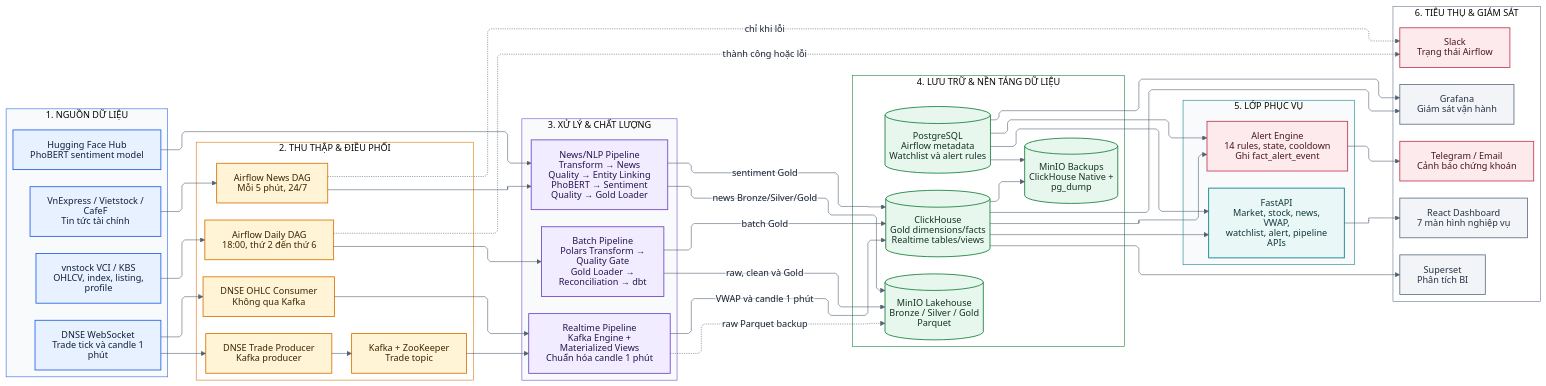
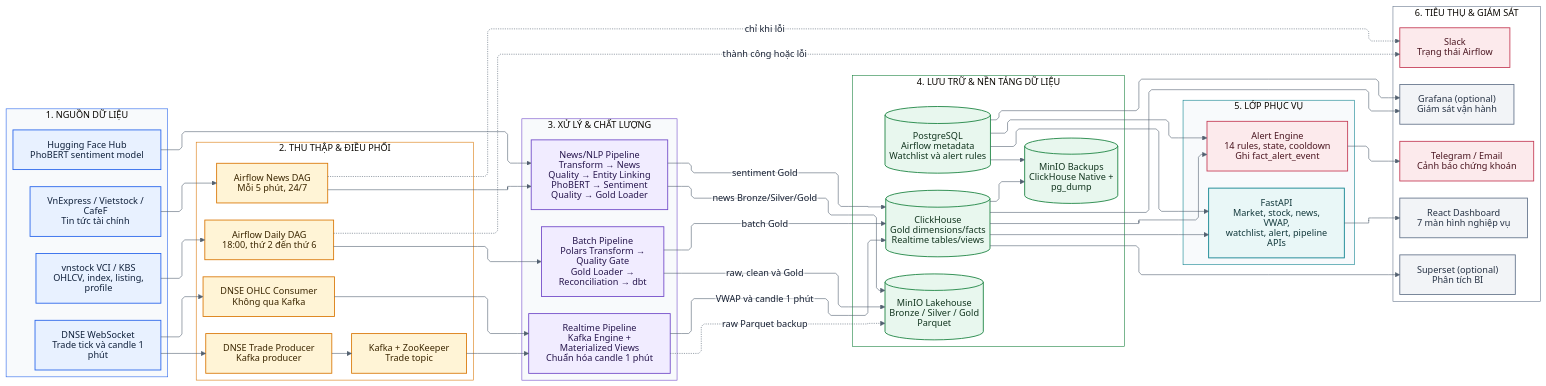
The diagram in docs/architecture/system_architecture_by_layer.mmd (mihuyen/DataEngineerVDT), drawn with Mermaid before and after one commit. The commit also changed 40 other files, not shown here.

```diff
--- a/docs/architecture/system_architecture_by_layer.mmd
+++ b/docs/architecture/system_architecture_by_layer.mmd
@@ -1,93 +1,93 @@
 %%{init: {"theme":"base","layout":"elk","htmlLabels":false,"flowchart":{"htmlLabels":false,"curve":"linear","nodeSpacing":48,"rankSpacing":88,"diagramPadding":16},"themeVariables":{"background":"#ffffff","primaryTextColor":"#172033","lineColor":"#526070","clusterBkg":"#ffffff","clusterBorder":"#cbd5e1","edgeLabelBackground":"#ffffff","fontFamily":"Arial"}}}%%
 flowchart LR
   classDef source fill:#E8F1FF,stroke:#2563EB,color:#10213B,stroke-width:1.5px;
   classDef ingest fill:#FFF4D6,stroke:#D97706,color:#3B2600,stroke-width:1.5px;
   classDef process fill:#F1ECFF,stroke:#7048C8,color:#27164D,stroke-width:1.5px;
   classDef storage fill:#E8F7EE,stroke:#16803C,color:#12351F,stroke-width:1.5px;
   classDef serving fill:#E9F7F7,stroke:#087F8C,color:#12383B,stroke-width:1.5px;
   classDef output fill:#F2F4F7,stroke:#64748B,color:#263244,stroke-width:1.5px;
   classDef alert fill:#FCEAEC,stroke:#C43B55,color:#4A1620,stroke-width:1.5px;
 
   subgraph L1[1. NGUỒN DỮ LIỆU]
     direction TB
     MARKET["vnstock VCI / KBS<br/>OHLCV, index, listing, profile"]:::source
     NEWS["VnExpress / Vietstock / CafeF<br/>Tin tức tài chính"]:::source
     DNSE["DNSE WebSocket<br/>Trade tick và candle 1 phút"]:::source
     MODEL["Hugging Face Hub<br/>PhoBERT sentiment model"]:::source
   end
 
   subgraph L2[2. THU THẬP & ĐIỀU PHỐI]
     direction TB
     DAILY["Airflow Daily DAG<br/>18:00, thứ 2 đến thứ 6"]:::ingest
     NEWSDAG["Airflow News DAG<br/>Mỗi 5 phút, 24/7"]:::ingest
     PRODUCER["DNSE Trade Producer<br/>Kafka producer"]:::ingest
     KAFKA["Kafka + ZooKeeper<br/>Trade topic"]:::ingest
     CANDLE["DNSE OHLC Consumer<br/>Không qua Kafka"]:::ingest
   end
 
   subgraph L3[3. XỬ LÝ & CHẤT LƯỢNG]
     direction TB
     BATCH["Batch Pipeline<br/>Polars Transform → Quality Gate<br/>Gold Loader → Reconciliation → dbt"]:::process
     NEWSPROC["News/NLP Pipeline<br/>Transform → News Quality → Entity Linking<br/>PhoBERT → Sentiment Quality → Gold Loader"]:::process
     STREAM["Realtime Pipeline<br/>Kafka Engine + Materialized Views<br/>Chuẩn hóa candle 1 phút"]:::process
   end
 
   subgraph L4[4. LƯU TRỮ & NỀN TẢNG DỮ LIỆU]
     direction TB
     MINIO[("MinIO Lakehouse<br/>Bronze / Silver / Gold Parquet")]:::storage
     CLICKHOUSE[("ClickHouse<br/>Gold dimensions/facts<br/>Realtime tables/views")]:::storage
     POSTGRES[("PostgreSQL<br/>Airflow metadata<br/>Watchlist và alert rules")]:::storage
     BACKUP[("MinIO Backups<br/>ClickHouse Native + pg_dump")]:::storage
   end
 
   subgraph L5[5. LỚP PHỤC VỤ]
     direction TB
     API["FastAPI<br/>Market, stock, news, VWAP,<br/>watchlist, alert, pipeline APIs"]:::serving
     ALERT["Alert Engine<br/>14 rules, state, cooldown<br/>Ghi fact_alert_event"]:::alert
   end
 
   subgraph L6[6. TIÊU THỤ & GIÁM SÁT]
     direction TB
     REACT["React Dashboard<br/>7 màn hình nghiệp vụ"]:::output
-    SUPERSET["Superset<br/>Phân tích BI"]:::output
-    GRAFANA["Grafana<br/>Giám sát vận hành"]:::output
+    SUPERSET["Superset (optional)<br/>Phân tích BI"]:::output
+    GRAFANA["Grafana (optional)<br/>Giám sát vận hành"]:::output
     CHANNEL["Telegram / Email<br/>Cảnh báo chứng khoán"]:::alert
     SLACK["Slack<br/>Trạng thái Airflow"]:::alert
   end
 
   MARKET --> DAILY --> BATCH
   NEWS --> NEWSDAG --> NEWSPROC
   MODEL --> NEWSPROC
 
   DNSE --> PRODUCER --> KAFKA --> STREAM
   DNSE --> CANDLE --> STREAM
 
   BATCH -->|raw, clean và Gold| MINIO
   BATCH -->|batch Gold| CLICKHOUSE
   NEWSPROC -->|news Bronze/Silver/Gold| MINIO
   NEWSPROC -->|sentiment Gold| CLICKHOUSE
   STREAM -. "raw Parquet backup" .-> MINIO
   STREAM -->|VWAP và candle 1 phút| CLICKHOUSE
 
   CLICKHOUSE --> API
   POSTGRES --> API
   CLICKHOUSE --> ALERT
   POSTGRES --> ALERT
   CLICKHOUSE --> BACKUP
   POSTGRES --> BACKUP
 
   API --> REACT
   ALERT --> CHANNEL
   CLICKHOUSE --> SUPERSET
   CLICKHOUSE --> GRAFANA
   POSTGRES --> GRAFANA
 
   DAILY -. "thành công hoặc lỗi" .-> SLACK
   NEWSDAG -. "chỉ khi lỗi" .-> SLACK
 
   style L1 fill:#F8FAFC,stroke:#2563EB,color:#172033
   style L2 fill:#FFFFFF,stroke:#D97706,color:#172033
   style L3 fill:#F8FAFC,stroke:#7048C8,color:#172033
   style L4 fill:#FFFFFF,stroke:#16803C,color:#172033
   style L5 fill:#F8FAFC,stroke:#087F8C,color:#172033
   style L6 fill:#FFFFFF,stroke:#64748B,color:#172033
```
